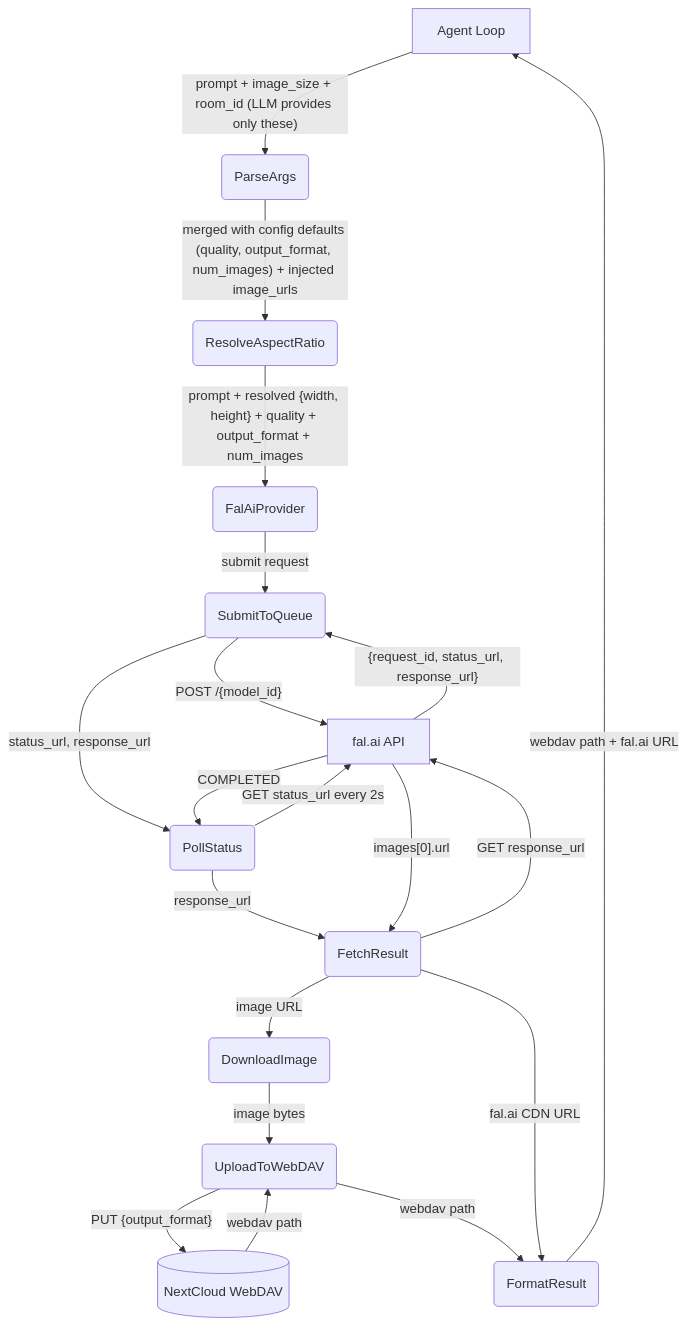
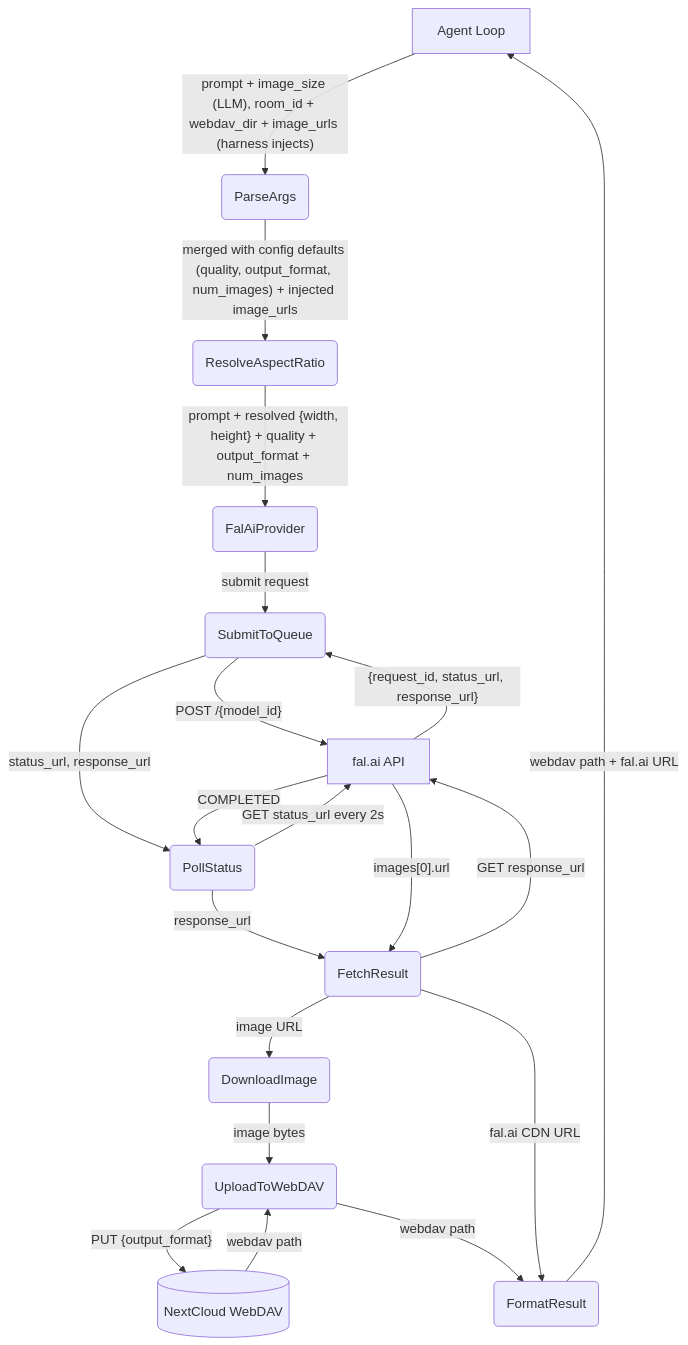
Before and after one commit to cosmoswafer/rockbot: the first of 4 diagrams in _dfds/tools/image-gen.md, drawn with Mermaid.

Commit message:
fix: correct DFD arrow label — room_id is harness-injected, not LLM-provided

````diff
--- a/_dfds/tools/image-gen.md
+++ b/_dfds/tools/image-gen.md
@@ -26,35 +26,35 @@
 ```mermaid
 flowchart TD
     AGENT[Agent Loop]
     PARSE(ParseArgs)
     RESOLVE(ResolveAspectRatio)
     FAL(FalAiProvider)
     SUBMIT(SubmitToQueue)
     POLL(PollStatus)
     FETCH(FetchResult)
     DOWNLOAD(DownloadImage)
     UPLOAD(UploadToWebDAV)
     DAV[(NextCloud WebDAV)]
     FORMAT(FormatResult)
     FAL_API[fal.ai API]
 
-    AGENT -->|"prompt + image_size + room_id (LLM provides only these)"| PARSE
+    AGENT -->|"prompt + image_size (LLM), room_id + webdav_dir + image_urls (harness injects)"| PARSE
     PARSE -->|"merged with config defaults (quality, output_format, num_images) + injected image_urls"| RESOLVE
     RESOLVE -->|"prompt + resolved {width, height} + quality + output_format + num_images"| FAL
     FAL -->|"submit request"| SUBMIT
     SUBMIT -->|"POST /{model_id}"| FAL_API
     FAL_API -->|"{request_id, status_url, response_url}"| SUBMIT
     SUBMIT -->|"status_url, response_url"| POLL
     POLL -->|"GET status_url every 2s"| FAL_API
     FAL_API -->|"COMPLETED"| POLL
     POLL -->|"response_url"| FETCH
     FETCH -->|"GET response_url"| FAL_API
     FAL_API -->|"images[0].url"| FETCH
     FETCH -->|"image URL"| DOWNLOAD
     DOWNLOAD -->|"image bytes"| UPLOAD
     UPLOAD -->|"PUT {output_format}"| DAV
     DAV -->|"webdav path"| UPLOAD
     UPLOAD -->|"webdav path"| FORMAT
     FETCH -->|"fal.ai CDN URL"| FORMAT
     FORMAT -->|"webdav path + fal.ai URL"| AGENT
 ```
````
